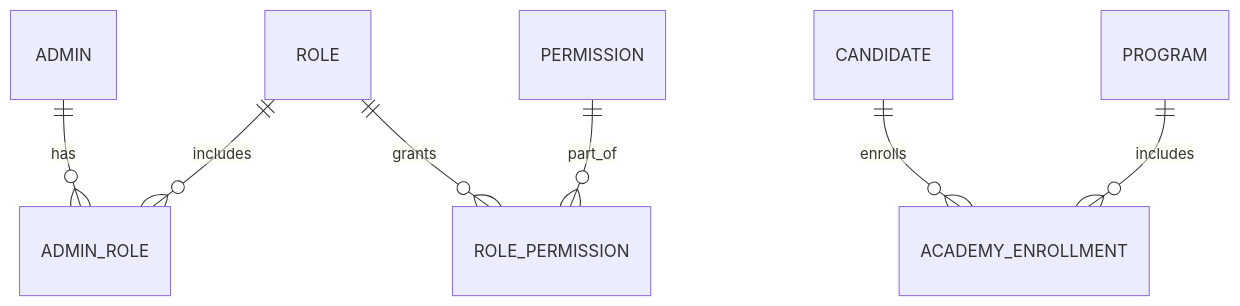
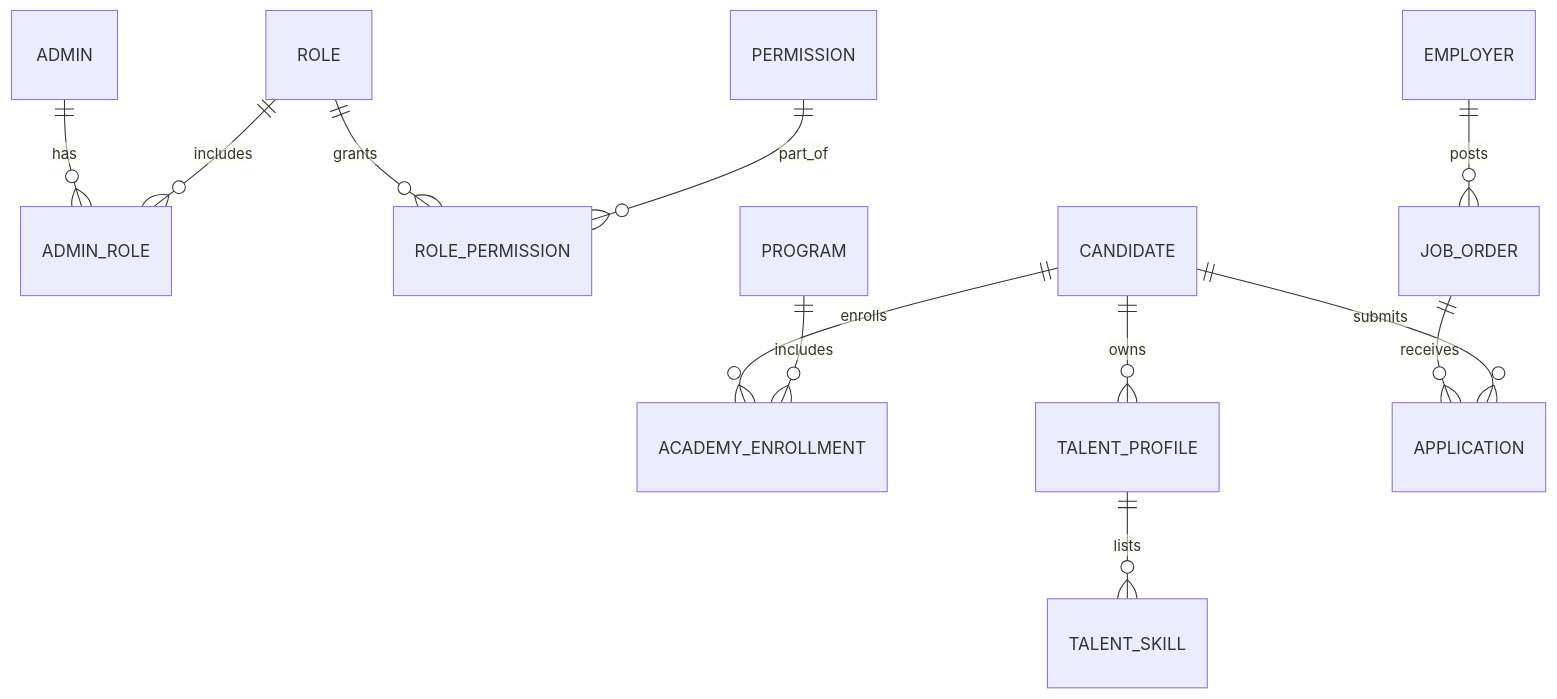
One commit to jabbar-app/cautious-spoon changed the second of 2 diagrams in docs/02-PLATFORM_ARCHITECTURE.md. Above: the diagram before and after it, drawn with Mermaid. The commit also changed other lines of this file and 2 other files, not shown here.

````diff
--- a/docs/02-PLATFORM_ARCHITECTURE.md
+++ b/docs/02-PLATFORM_ARCHITECTURE.md
@@ -73,10 +73,19 @@
 ```mermaid
 erDiagram
   ADMIN ||--o{ ADMIN_ROLE : has
   ROLE  ||--o{ ADMIN_ROLE : includes
   ROLE  ||--o{ ROLE_PERMISSION : grants
   PERMISSION ||--o{ ROLE_PERMISSION : part_of
 
   CANDIDATE ||--o{ ACADEMY_ENROLLMENT : enrolls
   PROGRAM   ||--o{ ACADEMY_ENROLLMENT : includes
+
+  %% Talent (illustrative)
+  CANDIDATE ||--o{ TALENT_PROFILE : owns
+  TALENT_PROFILE ||--o{ TALENT_SKILL : lists
+
+  %% Vacancy (illustrative)
+  EMPLOYER ||--o{ JOB_ORDER : posts
+  JOB_ORDER ||--o{ APPLICATION : receives
+  CANDIDATE ||--o{ APPLICATION : submits
 ```
````
